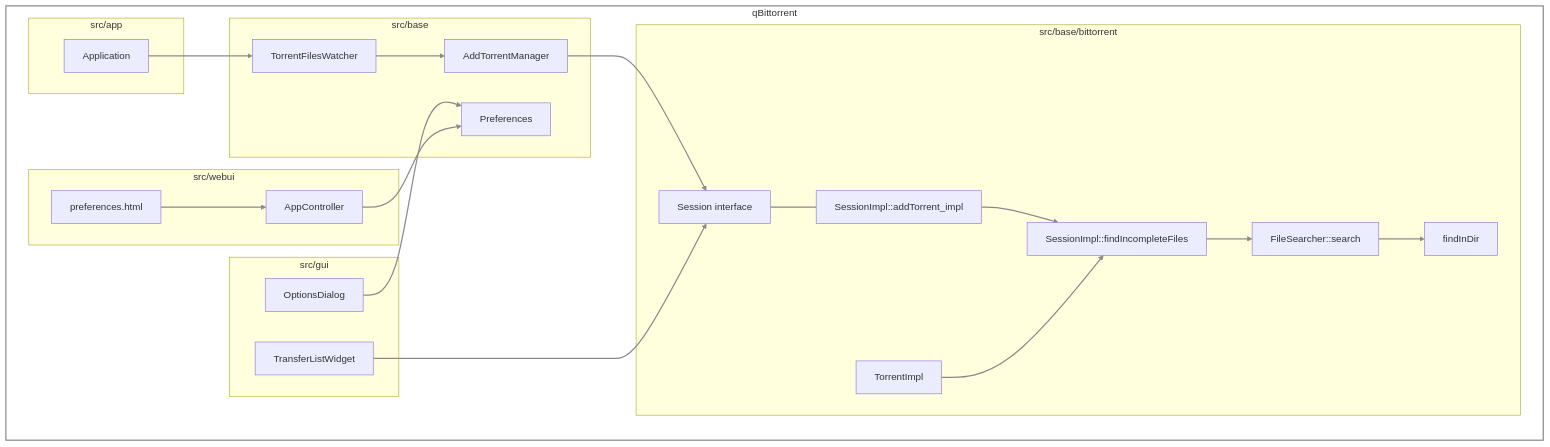
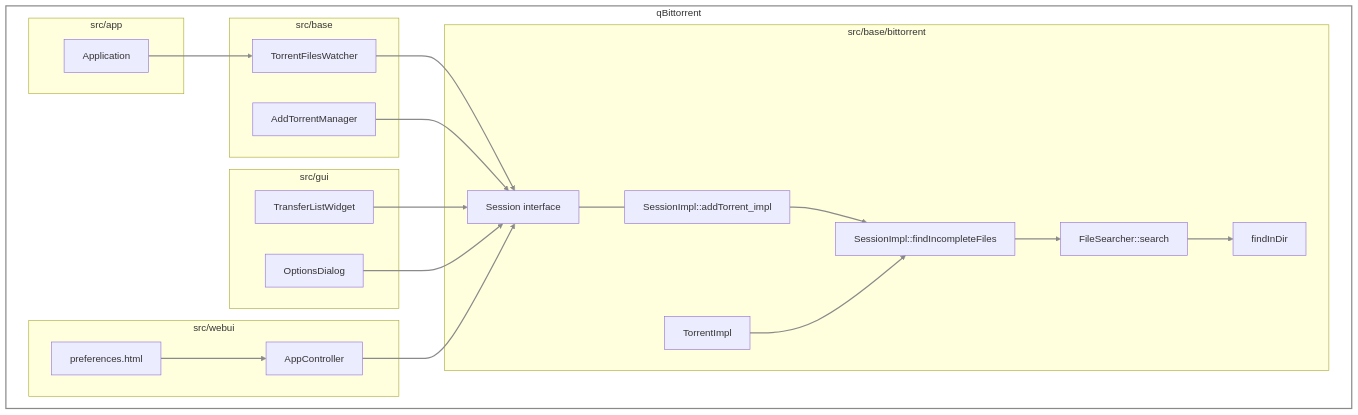
Before and after one commit to tsylvester/qBittorrent: the first of 4 diagrams in doc/en/find-location_system_architecture.md, drawn with Mermaid. The commit also changed other lines of this file and 8 other files, not shown here.

````diff
--- a/doc/en/find-location_system_architecture.md
+++ b/doc/en/find-location_system_architecture.md
@@ -28,45 +28,44 @@
 ```mermaid
 flowchart TD
     subgraph repo["qBittorrent"]
         subgraph app["src/app"]
             APP["Application"]
         end
         subgraph gui["src/gui"]
             TLW["TransferListWidget"]
             OD["OptionsDialog"]
         end
         subgraph web["src/webui"]
             AC["AppController"]
             PH["preferences.html"]
         end
         subgraph base["src/base"]
-            PREF["Preferences"]
             TFW["TorrentFilesWatcher"]
             ATM["AddTorrentManager"]
         end
         subgraph bt["src/base/bittorrent"]
             SESS["Session interface"]
             SI["SessionImpl::addTorrent_impl"]
             FIF["SessionImpl::findIncompleteFiles"]
             TI["TorrentImpl"]
             FS["FileSearcher::search"]
             FID["findInDir"]
         end
     end
 
     APP --> TFW
-    TFW --> ATM
+    TFW --> SESS
     ATM --> SESS
     SESS --- SI
     TLW --> SESS
-    OD --> PREF
-    AC --> PREF
+    OD --> SESS
+    AC --> SESS
     PH --> AC
     SI --> FIF
     TI --> FIF
     FIF --> FS
     FS --> FID
 
     linkStyle default stroke:#8a8a8a,stroke-width:2px
     style repo fill:none,stroke:#8a8a8a,stroke-width:2px
 ```
````
